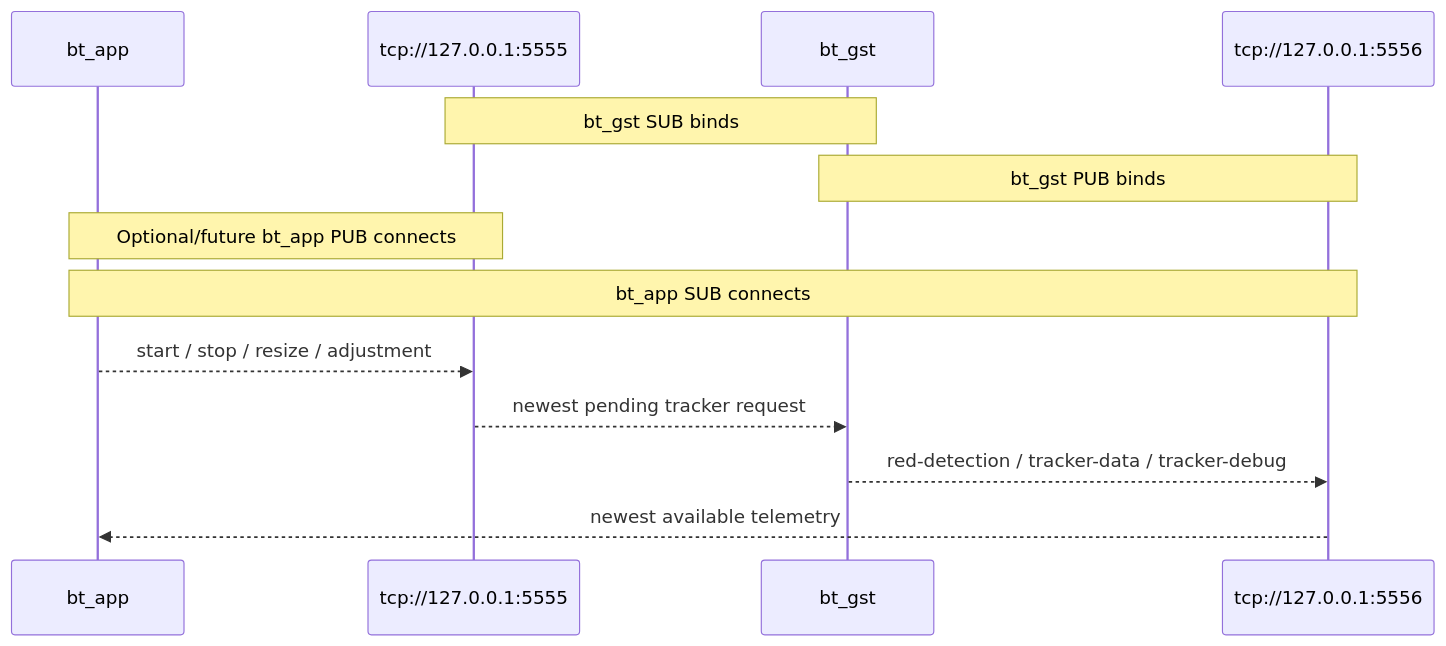
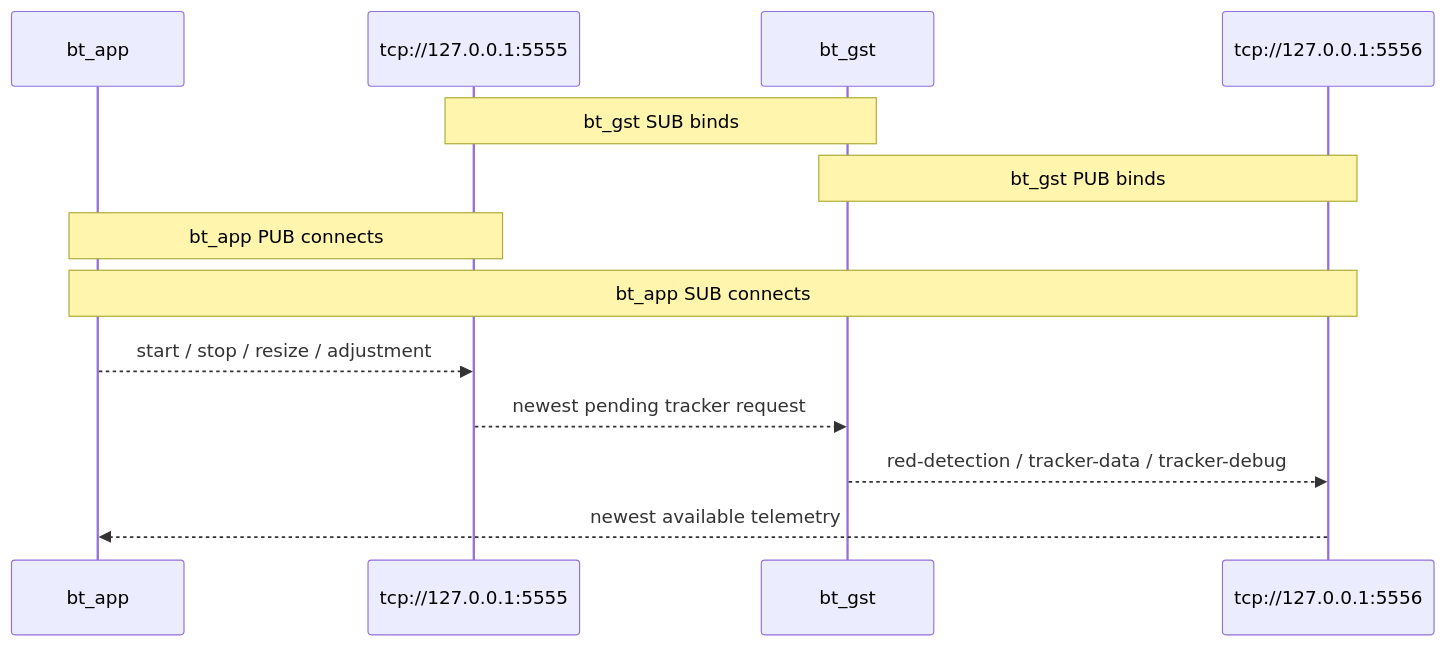
The diagram in bt_gst/docs/design/bt_app_zmq_interface.md (mayaboker/bt_ws), drawn with Mermaid before and after one commit. The commit also changed other lines of this file and 20 other files, not shown here.

````diff
--- a/bt_gst/docs/design/bt_app_zmq_interface.md
+++ b/bt_gst/docs/design/bt_app_zmq_interface.md
@@ -9,17 +9,17 @@
 ```mermaid
 sequenceDiagram
     participant App as bt_app
     participant Request as tcp://127.0.0.1:5555
     participant Gst as bt_gst
     participant Telemetry as tcp://127.0.0.1:5556
 
     Note over Gst,Request: bt_gst SUB binds
     Note over Gst,Telemetry: bt_gst PUB binds
-    Note over App,Request: Optional/future bt_app PUB connects
+    Note over App,Request: bt_app PUB connects
     Note over App,Telemetry: bt_app SUB connects
 
     App-->>Request: start / stop / resize / adjustment
     Request-->>Gst: newest pending tracker request
     Gst-->>Telemetry: red-detection / tracker-data / tracker-debug
     Telemetry-->>App: newest available telemetry
 ```
````
